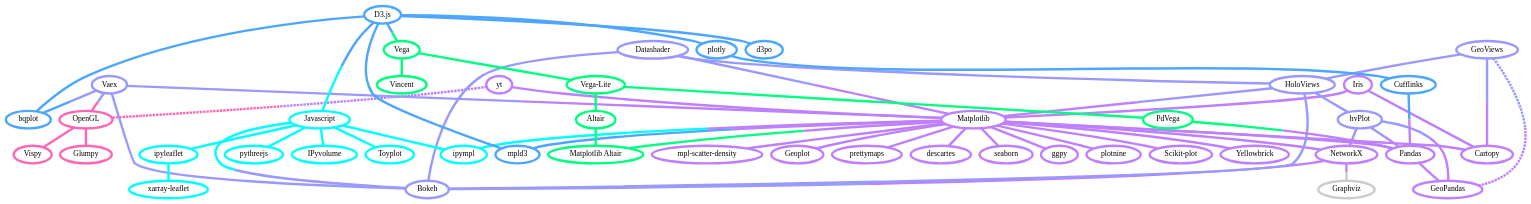
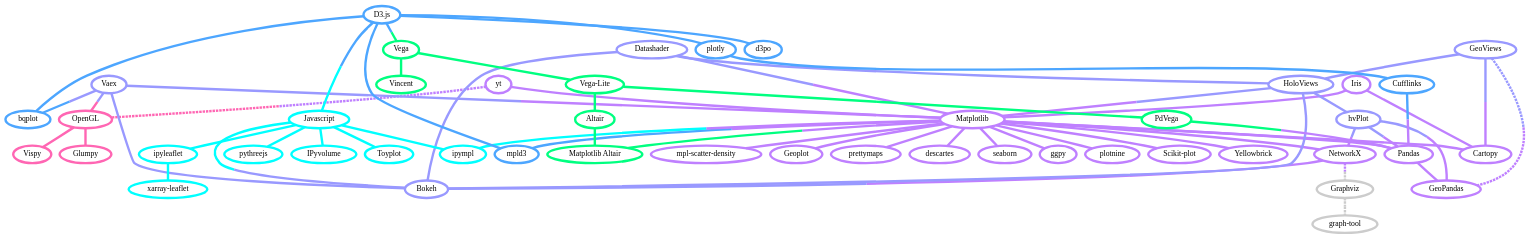
The diagram in docs/overview.rst (veit/pyviz-tutorial-de), drawn with Graphviz before and after one commit. The commit also changed other lines of this file and 3 other files, not shown here.

Commit message:
Add graph-tool

```diff
--- a/docs/overview.rst
+++ b/docs/overview.rst
@@ -121,6 +121,12 @@
             color="#cccccc",
             target="_top",
             href="../matplotlib/graphviz.html"]
+        graph_tool [
+            label="graph-tool",
+            tooltip="Effizientes Python-Modul zur\nManipulation und statistischen Analyse\n von Graphen",
+            color="#cccccc",
+            target="_top",
+            href="../matplotlib/graph-tool.html"]
         cartopy [
             label="Cartopy",
             tooltip="Erstellen von Karten und\nAnalyse von Geodaten",
@@ -150,7 +156,8 @@
         mpl -- plotnine [color="#BF80FF"]
         mpl -- scikit_plot [color="#BF80FF"]
         mpl -- yellowbrick [color="#BF80FF"]
-        networkx -- graphviz [color="#BF80FF;0.5:#cccccc"]
+        networkx -- graphviz [color="#BF80FF;0.5:#cccccc", style="dashed"]
+        graphviz -- graph_tool [color="#cccccc;0.5:#cccccc", style="dashed"]
         mpl -- networkx [color="#BF80FF"]
         mpl -- cartopy [color="#BF80FF"]
         iris -- mpl [color="#BF80FF"]
```
